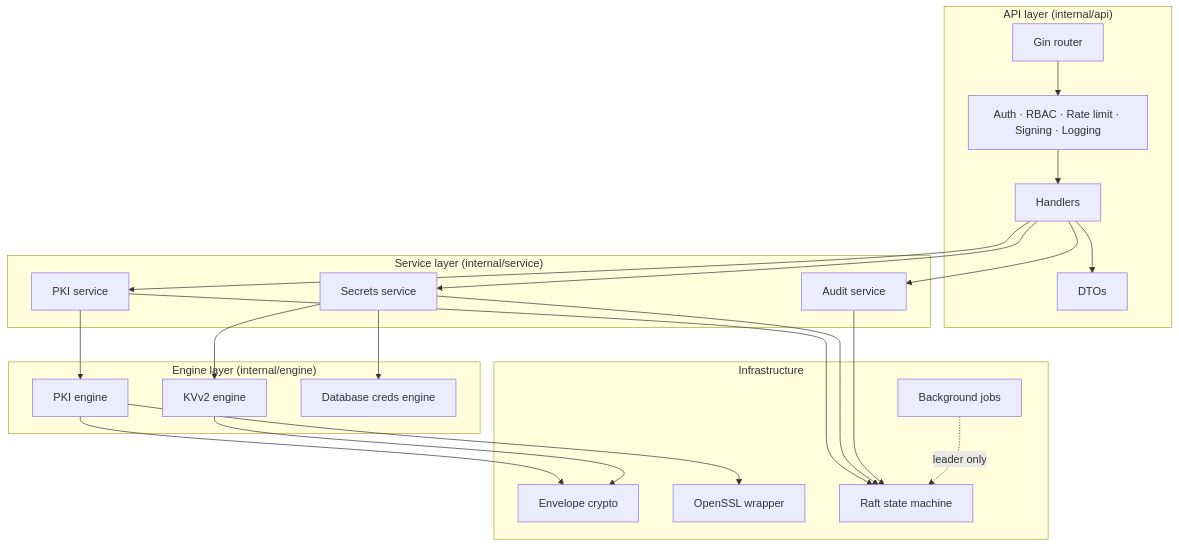
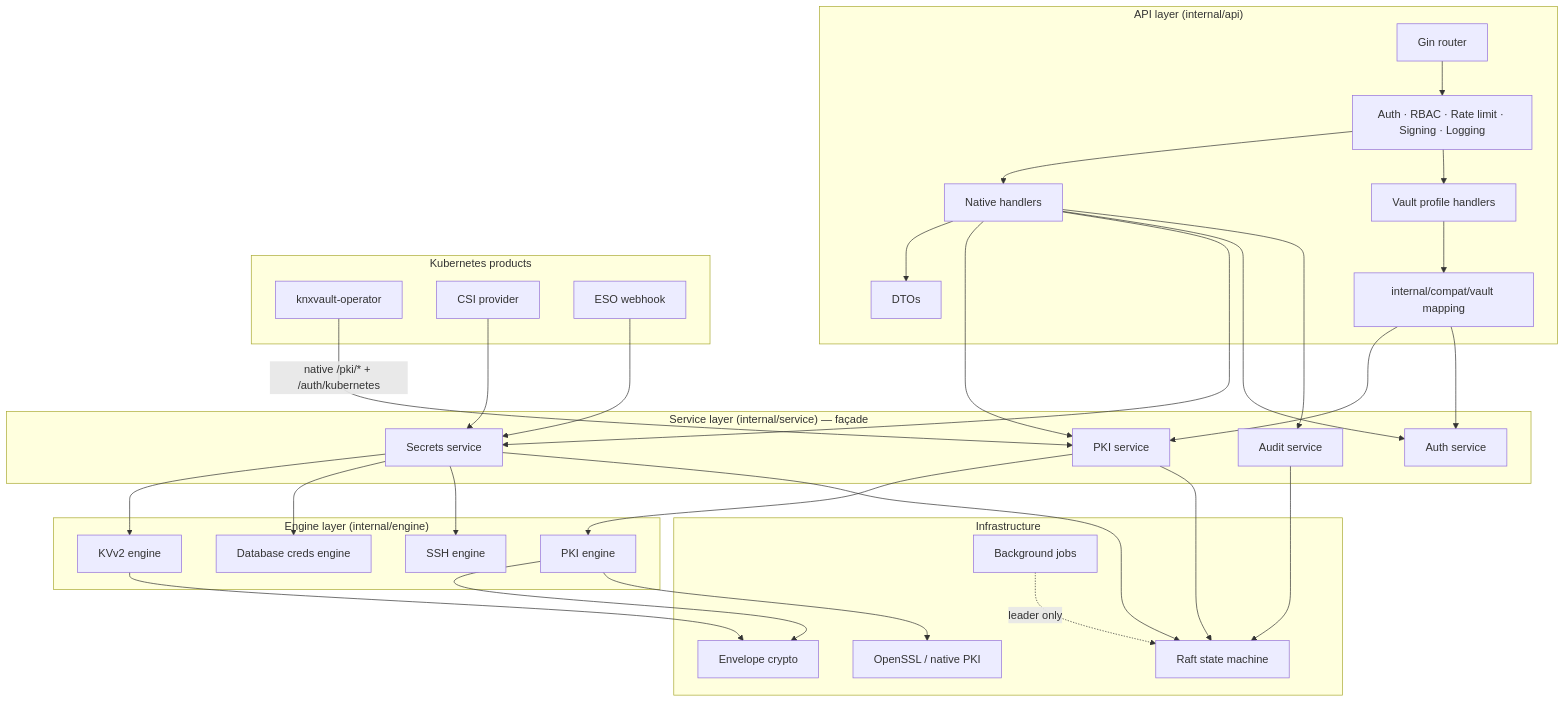
Before and after one commit to kubenexis/knxvault: the first of 8 diagrams in docs/architecture/diagrams.md, drawn with Mermaid. The commit also changed other lines of this file and 13 other files, not shown here.

First line of the commit message:
docs: refresh architecture, design, admin, and user guides

````diff
--- a/docs/architecture/diagrams.md
+++ b/docs/architecture/diagrams.md
@@ -7,37 +7,52 @@
 ```mermaid
 graph TD
     subgraph API["API layer (internal/api)"]
         Router[Gin router]
-        Handlers[Handlers]
+        Handlers[Native handlers]
+        VaultH[Vault profile handlers]
         Middleware[Auth · RBAC · Rate limit · Signing · Logging]
         DTO[DTOs]
+        Compat[internal/compat/vault mapping]
     end
 
-    subgraph Service["Service layer (internal/service)"]
+    subgraph Service["Service layer (internal/service) — façade"]
         PKISvc[PKI service]
         SecSvc[Secrets service]
+        AuthSvc[Auth service]
         AuditSvc[Audit service]
     end
 
     subgraph Engine["Engine layer (internal/engine)"]
         PKIEng[PKI engine]
         KVEng[KVv2 engine]
         DBEng[Database creds engine]
+        SSHEng[SSH engine]
+    end
+
+    subgraph K8sProduct["Kubernetes products"]
+        Operator[knxvault-operator]
+        CSI[CSI provider]
+        ESO[ESO webhook]
     end
 
     subgraph Infra["Infrastructure"]
         Crypto[Envelope crypto]
-        OpenSSL[OpenSSL wrapper]
+        OpenSSL[OpenSSL / native PKI]
         RaftSM[Raft state machine]
         Jobs[Background jobs]
     end
 
-    Router --> Middleware --> Handlers --> DTO
-    Handlers --> PKISvc & SecSvc & AuditSvc
+    Router --> Middleware --> Handlers & VaultH
+    Handlers --> DTO
+    VaultH --> Compat --> PKISvc & AuthSvc
+    Handlers --> PKISvc & SecSvc & AuthSvc & AuditSvc
+    Operator -->|native /pki/* + /auth/kubernetes| PKISvc
+    CSI --> SecSvc
+    ESO --> SecSvc
     PKISvc --> PKIEng
-    SecSvc --> KVEng & DBEng
+    SecSvc --> KVEng & DBEng & SSHEng
     PKIEng & KVEng --> Crypto
     PKIEng --> OpenSSL
     PKISvc & SecSvc & AuditSvc --> RaftSM
     Jobs -.->|leader only| RaftSM
 ```
````
